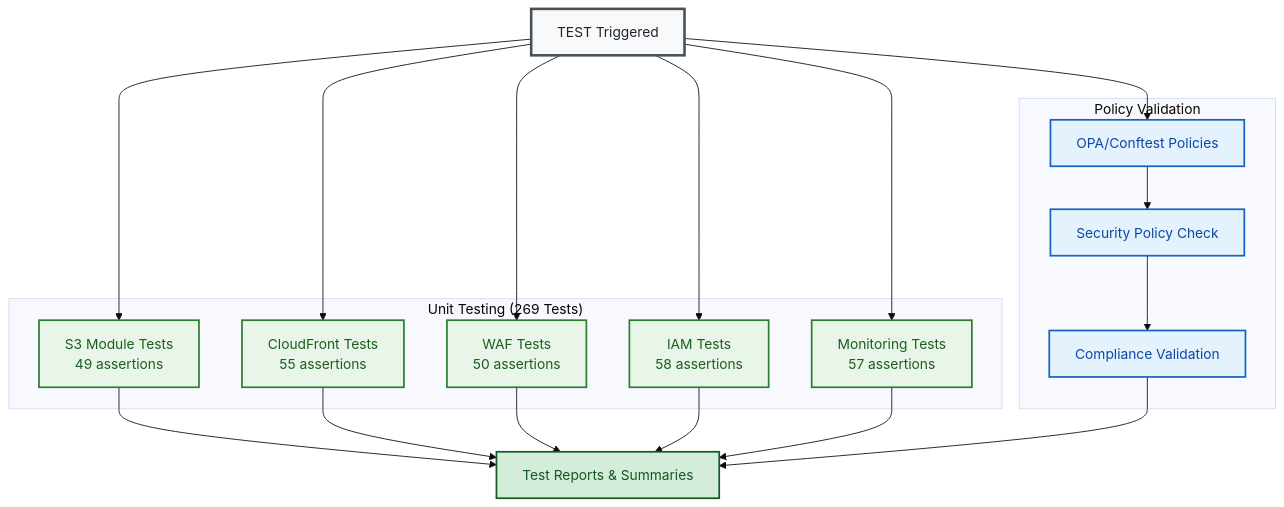
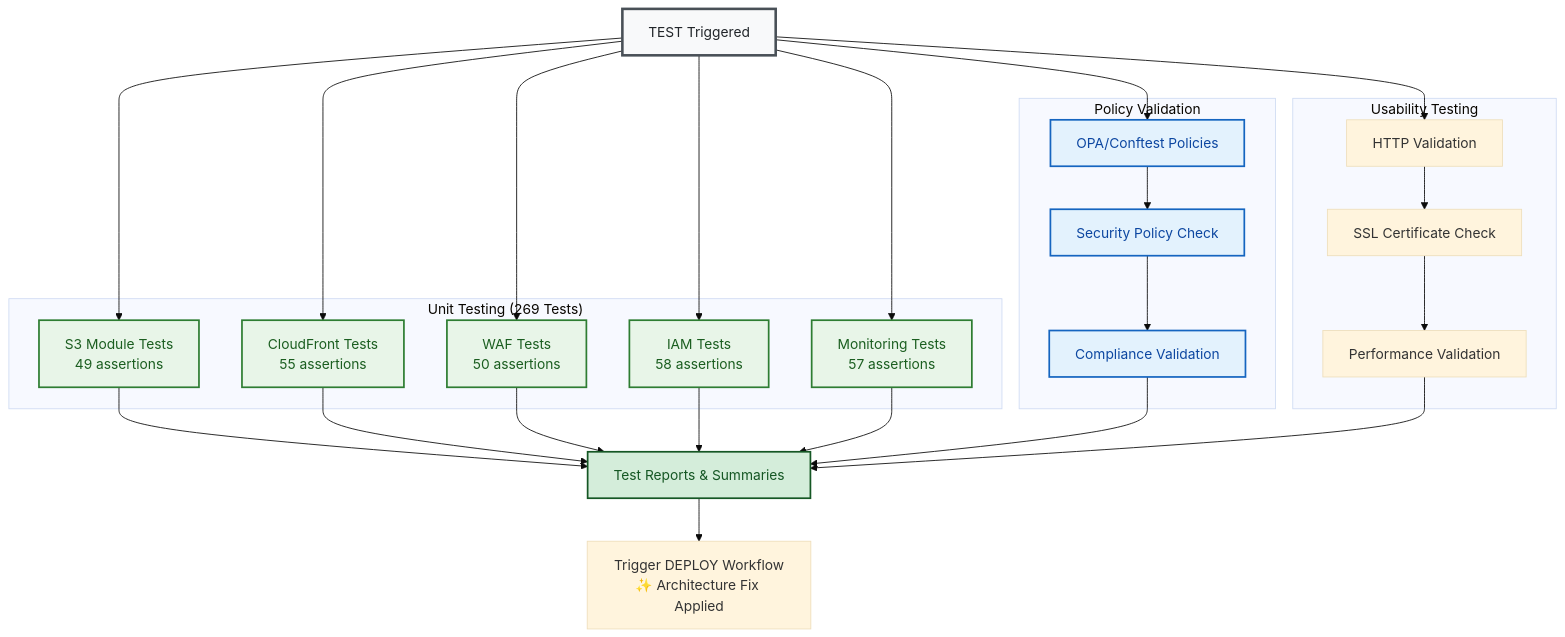
The third of 6 diagrams in docs/architecture/cicd.md (Celtikill/static-site), drawn with Mermaid (base theme) before and after one commit. The commit also changed other lines of this file and 2 other files, not shown here.

````diff
--- a/docs/architecture/cicd.md
+++ b/docs/architecture/cicd.md
@@ -157,55 +165,67 @@
 ```mermaid
 graph TB
     %% Accessibility
-    accTitle: TEST Phase Workflow Details
-    accDescr: Detailed view of TEST phase showing unit testing, policy validation, and integration testing with 269 total test assertions
+    accTitle: Corrected TEST Phase Workflow Details
+    accDescr: Updated TEST phase focused purely on validation - no deployment logic, 269 total test assertions, triggers DEPLOY workflow on success
     
     START[TEST Triggered]
     
     subgraph "Unit Testing (269 Tests)"
         UT_S3[S3 Module Tests<br/>49 assertions]
         UT_CF[CloudFront Tests<br/>55 assertions]
         UT_WAF[WAF Tests<br/>50 assertions]
         UT_IAM[IAM Tests<br/>58 assertions]
         UT_MON[Monitoring Tests<br/>57 assertions]
     end
     
     subgraph "Policy Validation"
         OPA[OPA/Conftest Policies]
         SEC_POL[Security Policy Check]
         COMPLIANCE[Compliance Validation]
     end
     
+    subgraph "Usability Testing"
+        HTTP_CHECK[HTTP Validation]
+        SSL_CHECK[SSL Certificate Check]
+        PERF_CHECK[Performance Validation]
+    end
     
     REPORTS_OUT[Test Reports & Summaries]
+    TRIGGER_DEPLOY[Trigger DEPLOY Workflow<br/>✨ Architecture Fix Applied]
     
     START --> UT_S3
     START --> UT_CF
     START --> UT_WAF
     START --> UT_IAM
     START --> UT_MON
     
     START --> OPA
     OPA --> SEC_POL
     SEC_POL --> COMPLIANCE
     
+    START --> HTTP_CHECK
+    HTTP_CHECK --> SSL_CHECK
+    SSL_CHECK --> PERF_CHECK
+    
     UT_S3 --> REPORTS_OUT
     UT_CF --> REPORTS_OUT
     UT_WAF --> REPORTS_OUT
     UT_IAM --> REPORTS_OUT
     UT_MON --> REPORTS_OUT
+    COMPLIANCE --> REPORTS_OUT
+    PERF_CHECK --> REPORTS_OUT
     
-    COMPLIANCE --> REPORTS_OUT
+    REPORTS_OUT --> TRIGGER_DEPLOY
     
     %% Styling
     classDef testBox fill:#f8f9fa,stroke:#495057,stroke-width:3px,color:#212529
     classDef unitBox fill:#e8f5e8,stroke:#2e7d32,stroke-width:2px,color:#1b5e20
     classDef policyBox fill:#e3f2fd,stroke:#1565c0,stroke-width:2px,color:#0d47a1
     classDef integrationBox fill:#fff3cd,stroke:#856404,stroke-width:2px,color:#212529
     classDef outputBox fill:#d4edda,stroke:#155724,stroke-width:2px,color:#155724
     
     class START testBox
     class UT_S3,UT_CF,UT_WAF,UT_IAM,UT_MON unitBox
     class OPA,SEC_POL,COMPLIANCE policyBox
     class REPORTS_OUT outputBox
 ```
````
